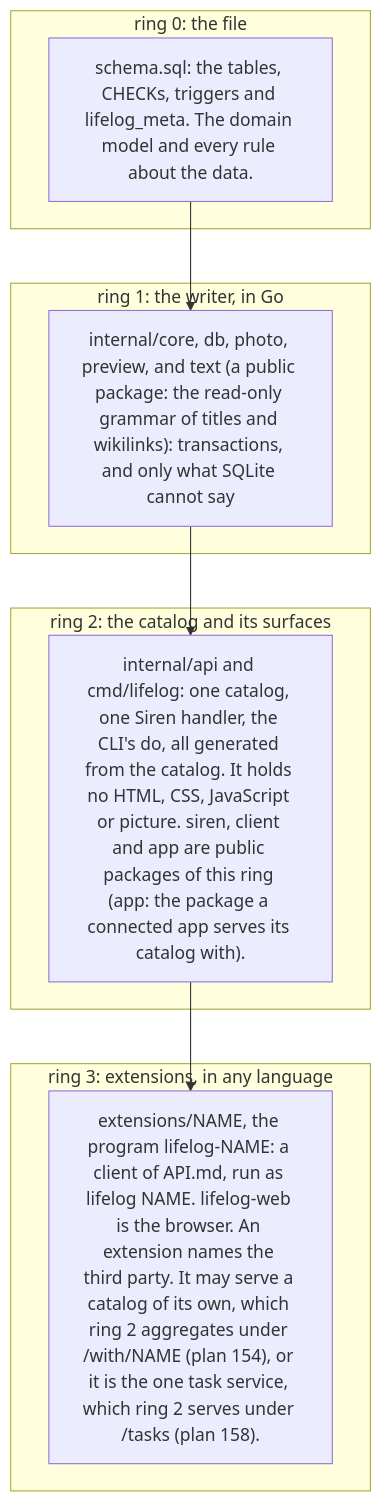
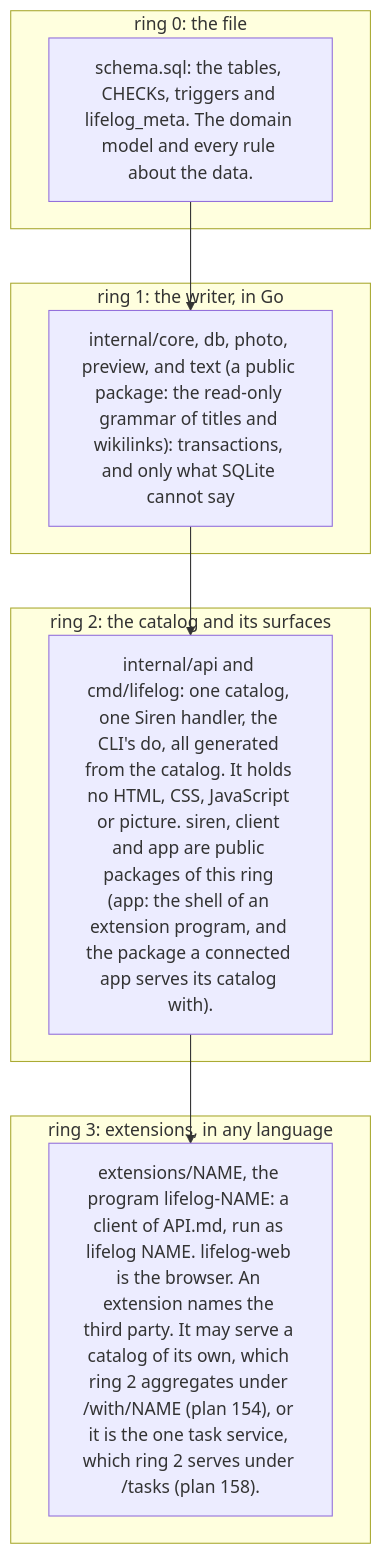
The first of 2 diagrams in AGENTS.md (alexradunet/aminte), drawn with Mermaid before and after one commit. The commit also changed other lines of this file and 17 other files, not shown here.

````diff
--- a/AGENTS.md
+++ b/AGENTS.md
@@ -164,16 +164,16 @@
 ```mermaid
 flowchart TB
   subgraph R0["ring 0: the file"]
     S["schema.sql: the tables, CHECKs, triggers and lifelog_meta. The domain model and every rule about the data."]
   end
   subgraph R1["ring 1: the writer, in Go"]
     C["internal/core, db, photo, preview, and text (a public package: the read-only grammar of titles and wikilinks): transactions, and only what SQLite cannot say"]
   end
   subgraph R2["ring 2: the catalog and its surfaces"]
-    K["internal/api and cmd/lifelog: one catalog, one Siren handler, the CLI's do, all generated from the catalog. It holds no HTML, CSS, JavaScript or picture. siren, client and app are public packages of this ring (app: the package a connected app serves its catalog with)."]
+    K["internal/api and cmd/lifelog: one catalog, one Siren handler, the CLI's do, all generated from the catalog. It holds no HTML, CSS, JavaScript or picture. siren, client and app are public packages of this ring (app: the shell of an extension program, and the package a connected app serves its catalog with)."]
   end
   subgraph R3["ring 3: extensions, in any language"]
     X["extensions/NAME, the program lifelog-NAME: a client of API.md, run as lifelog NAME. lifelog-web is the browser. An extension names the third party. It may serve a catalog of its own, which ring 2 aggregates under /with/NAME (plan 154), or it is the one task service, which ring 2 serves under /tasks (plan 158)."]
   end
   S --> C --> K --> X
 ```
````
